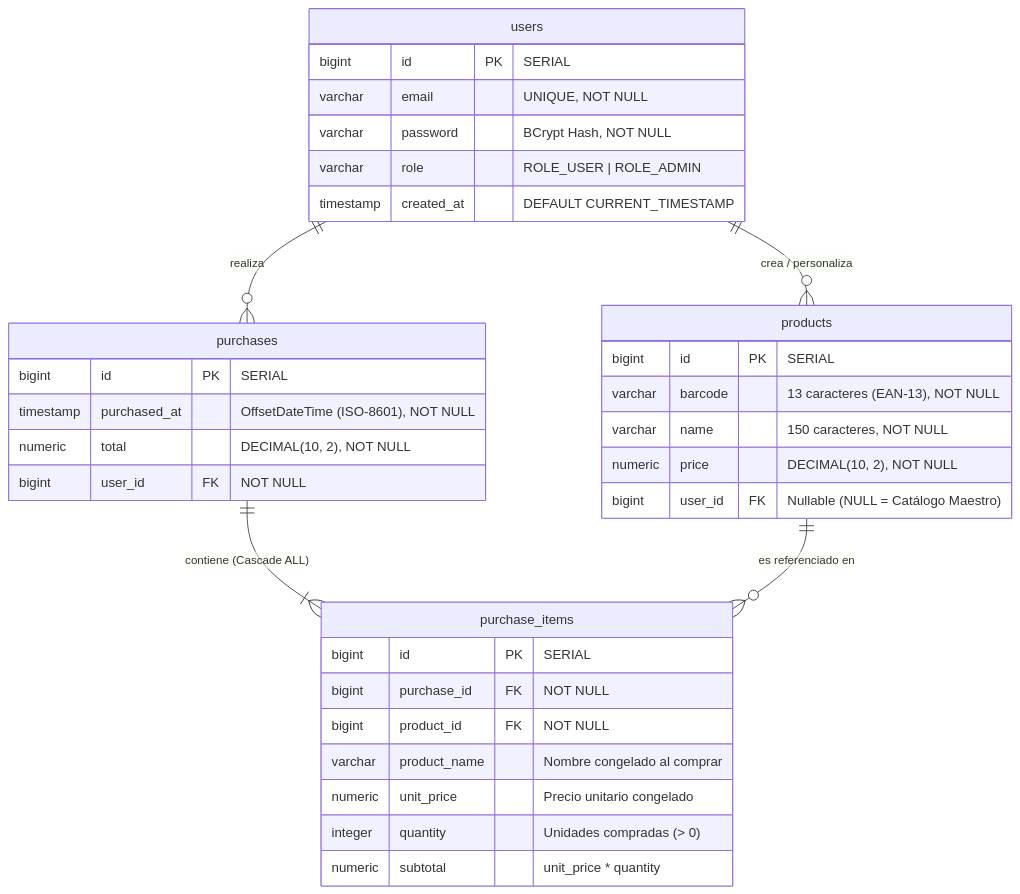
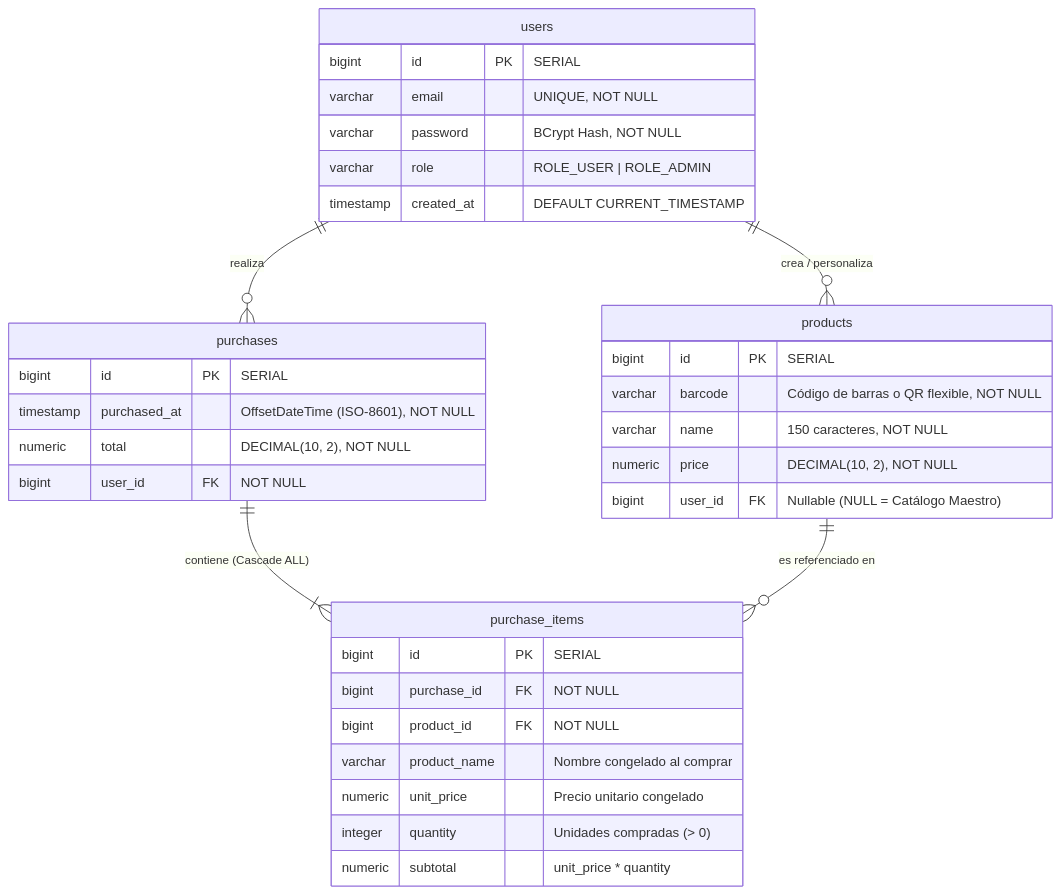
One commit to Huligan-spring/Mercat changed the second of 2 diagrams in README.md. Above: the diagram before and after it, drawn with Mermaid. The commit also changed other lines of this file and 3 other files, not shown here.

````diff
--- a/README.md
+++ b/README.md
@@ -219,40 +219,40 @@
 ```mermaid
 erDiagram
     users ||--o{ products : "crea / personaliza"
     users ||--o{ purchases : "realiza"
     purchases ||--|{ purchase_items : "contiene (Cascade ALL)"
     products ||--o{ purchase_items : "es referenciado en"
 
     users {
         bigint id PK "SERIAL"
         varchar email "UNIQUE, NOT NULL"
         varchar password "BCrypt Hash, NOT NULL"
         varchar role "ROLE_USER | ROLE_ADMIN"
         timestamp created_at "DEFAULT CURRENT_TIMESTAMP"
     }
 
     products {
         bigint id PK "SERIAL"
-        varchar barcode "13 caracteres (EAN-13), NOT NULL"
+        varchar barcode "Código de barras o QR flexible, NOT NULL"
         varchar name "150 caracteres, NOT NULL"
         numeric price "DECIMAL(10, 2), NOT NULL"
         bigint user_id FK "Nullable (NULL = Catálogo Maestro)"
     }
 
     purchases {
         bigint id PK "SERIAL"
         timestamp purchased_at "OffsetDateTime (ISO-8601), NOT NULL"
         numeric total "DECIMAL(10, 2), NOT NULL"
         bigint user_id FK "NOT NULL"
     }
 
     purchase_items {
         bigint id PK "SERIAL"
         bigint purchase_id FK "NOT NULL"
         bigint product_id FK "NOT NULL"
         varchar product_name "Nombre congelado al comprar"
         numeric unit_price "Precio unitario congelado"
         integer quantity "Unidades compradas (> 0)"
         numeric subtotal "unit_price * quantity"
     }
 ```
````
